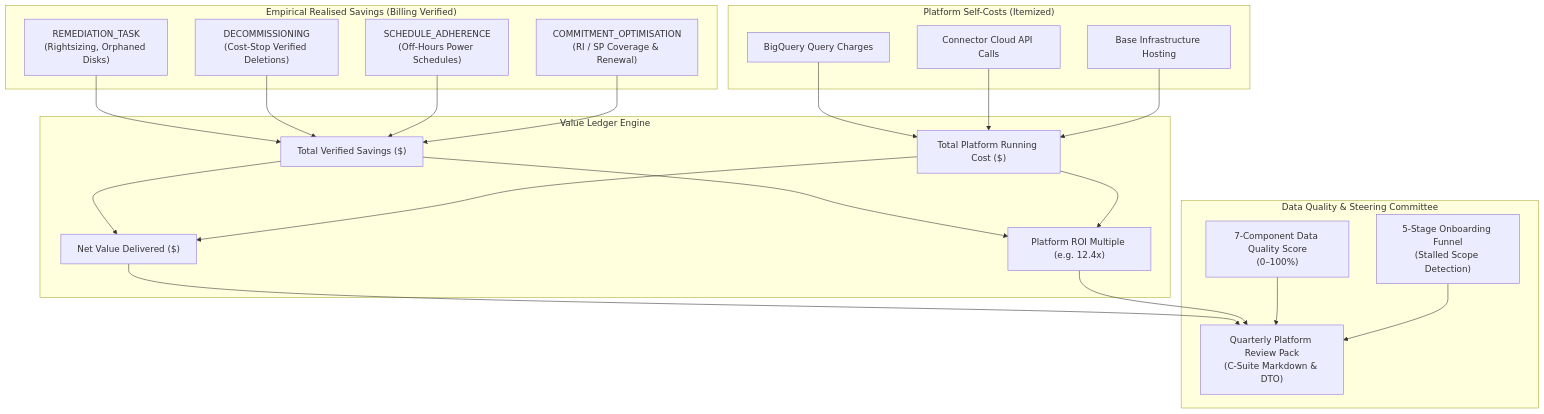
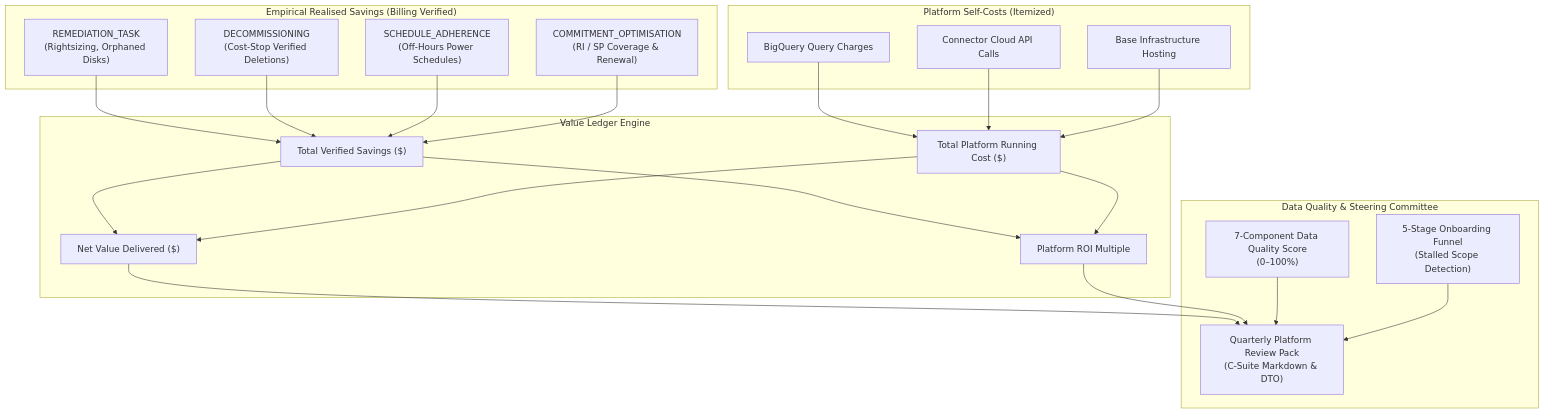
One commit to JyotirmoyBhowmik/CloudLens changed the seventh of 8 diagrams in README.md. Above: the diagram before and after it, drawn with Mermaid. The commit also changed other lines of this file and 29 other files, not shown here.

````diff
--- a/README.md
+++ b/README.md
@@ -307,33 +324,33 @@
 ```mermaid
 flowchart TD
     subgraph Empirical_Savings["Empirical Realised Savings (Billing Verified)"]
         S1["REMEDIATION_TASK<br/>(Rightsizing, Orphaned Disks)"]
         S2["DECOMMISSIONING<br/>(Cost-Stop Verified Deletions)"]
         S3["SCHEDULE_ADHERENCE<br/>(Off-Hours Power Schedules)"]
         S4["COMMITMENT_OPTIMISATION<br/>(RI / SP Coverage & Renewal)"]
     end
 
     subgraph Platform_Costs["Platform Self-Costs (Itemized)"]
         C1["BigQuery Query Charges"]
         C2["Connector Cloud API Calls"]
         C3["Base Infrastructure Hosting"]
     end
 
     subgraph Ledger["Value Ledger Engine"]
         TotS["Total Verified Savings ($)"]
         TotC["Total Platform Running Cost ($)"]
         Net["Net Value Delivered ($)"]
-        ROI["Platform ROI Multiple (e.g. 12.4x)"]
+        ROI["Platform ROI Multiple"]
     end
 
     subgraph Governance["Data Quality & Steering Committee"]
         DQ["7-Component Data Quality Score<br/>(0–100%)"]
         Funnel["5-Stage Onboarding Funnel<br/>(Stalled Scope Detection)"]
         Pack["Quarterly Platform Review Pack<br/>(C-Suite Markdown & DTO)"]
     end
 
     S1 & S2 & S3 & S4 --> TotS
     C1 & C2 & C3 --> TotC
     TotS & TotC --> Net & ROI
     Net & ROI & DQ & Funnel --> Pack
 ```
````
